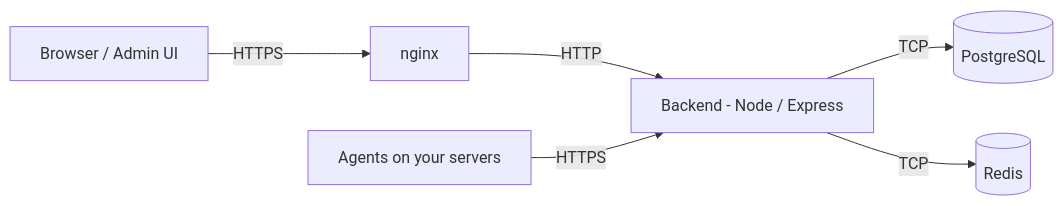
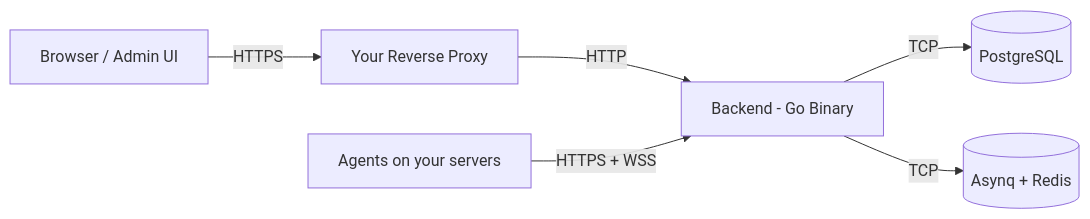
Before and after one commit to PatchMon/PatchMon: the diagram in README.md, drawn with Mermaid. The commit also changed other lines of this file and 2 other files, not shown here.

````diff
--- a/README.md
+++ b/README.md
@@ -179,8 +172,8 @@
 ```mermaid
 flowchart LR
-    A[Browser / Admin UI] -- HTTPS --> B[nginx]
-    B -- HTTP --> C[Backend - Node / Express]
+    A[Browser / Admin UI] -- HTTPS --> B[Your Reverse Proxy]
+    B -- HTTP --> C[Backend - Go Binary]
     C -- TCP --> D[(PostgreSQL)]
-    C -- TCP --> R[(Redis)]
-    E[Agents on your servers] -- HTTPS --> C
+    C -- TCP --> R[(Asynq + Redis)]
+    E[Agents on your servers] -- HTTPS + WSS --> C
 ```
````
